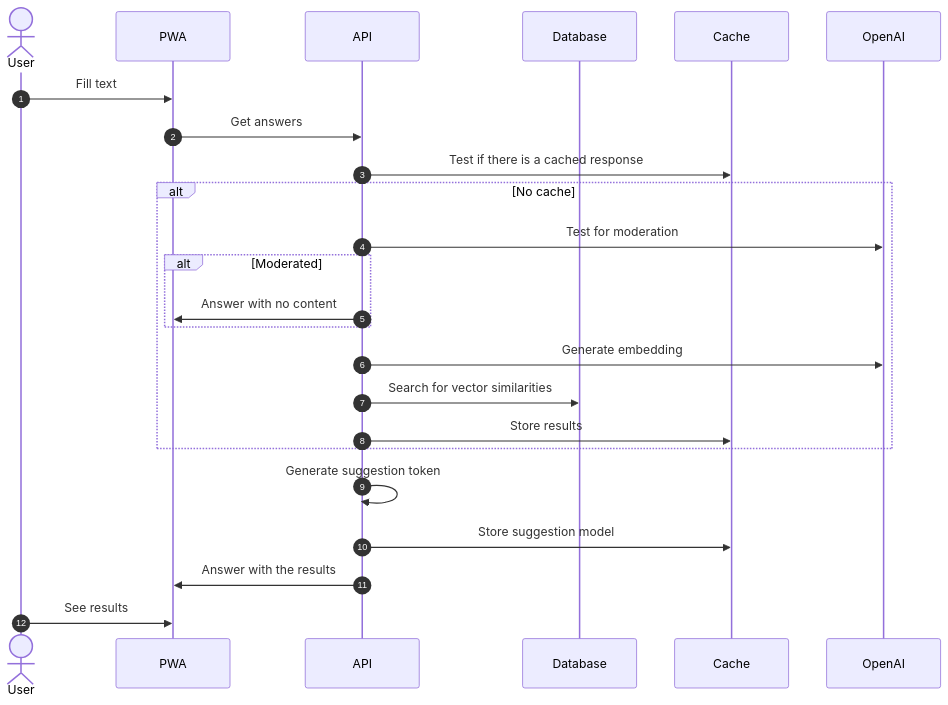
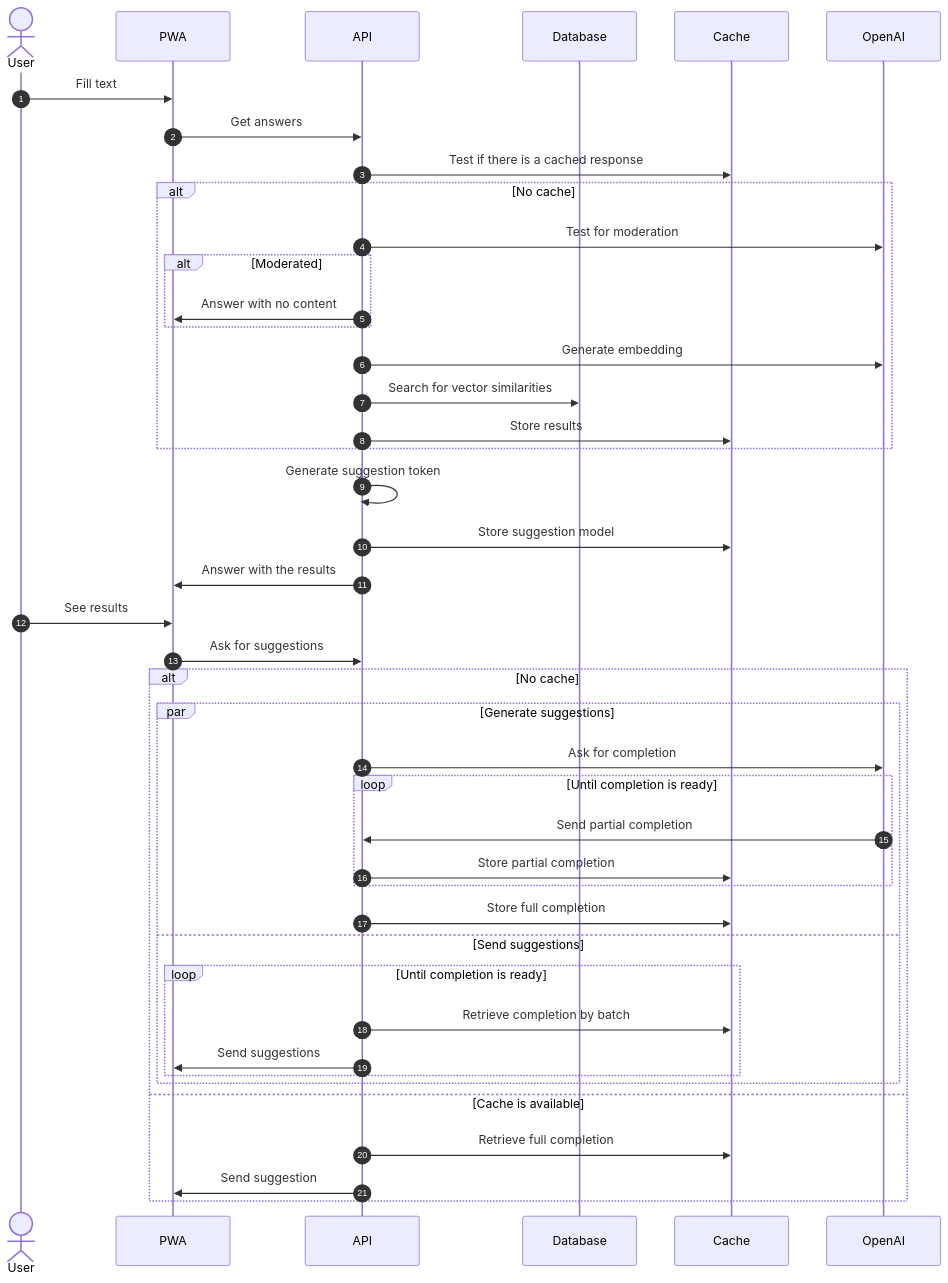
One commit to clemlesne/moaw-search changed the third of 3 diagrams in README.md. Above: the diagram before and after it, drawn with Mermaid. The commit also changed other lines of this file, not shown here.

Commit message:
Doc: Suggestions in real time

````diff
--- a/README.md
+++ b/README.md
@@ -111,31 +111,52 @@
 ```mermaid
 sequenceDiagram
     autonumber
 
     actor User
     participant PWA
     participant API
     participant Database
     participant Cache
     participant OpenAI
 
     User ->> PWA: Fill text
     PWA ->> API: Get answers
     API ->> Cache: Test if there is a cached response
 
     alt No cache
         API ->> OpenAI: Test for moderation
         alt Moderated
           API ->> PWA: Answer with no content
         end
         API ->> OpenAI: Generate embedding
         API ->> Database: Search for vector similarities
         API ->> Cache: Store results
     end
 
     API ->> API: Generate suggestion token
     API ->> Cache: Store suggestion model
     API ->> PWA: Answer with the results
 
     User ->> PWA: See results
+
+    PWA ->> API: Ask for suggestions
+
+    alt No cache
+      par Generate suggestions
+        API ->> OpenAI: Ask for completion
+        loop Until completion is ready
+          OpenAI ->> API: Send partial completion
+          API ->> Cache: Store partial completion
+        end
+        API ->> Cache: Store full completion
+      and Send suggestions
+        loop Until completion is ready
+          API ->> Cache: Retrieve completion by batch
+          API ->> PWA: Send suggestions
+        end
+      end
+    else Cache is available
+      API ->> Cache: Retrieve full completion
+      API ->> PWA: Send suggestion
+    end
 ```
````
